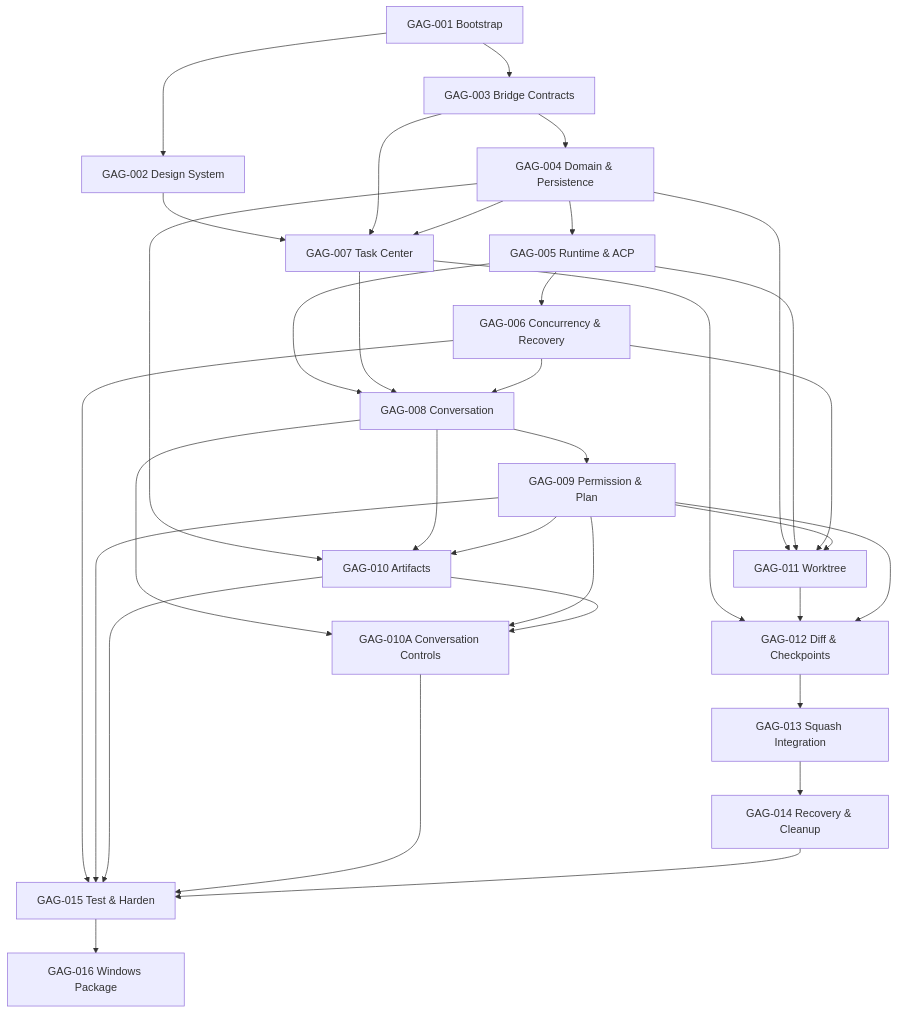
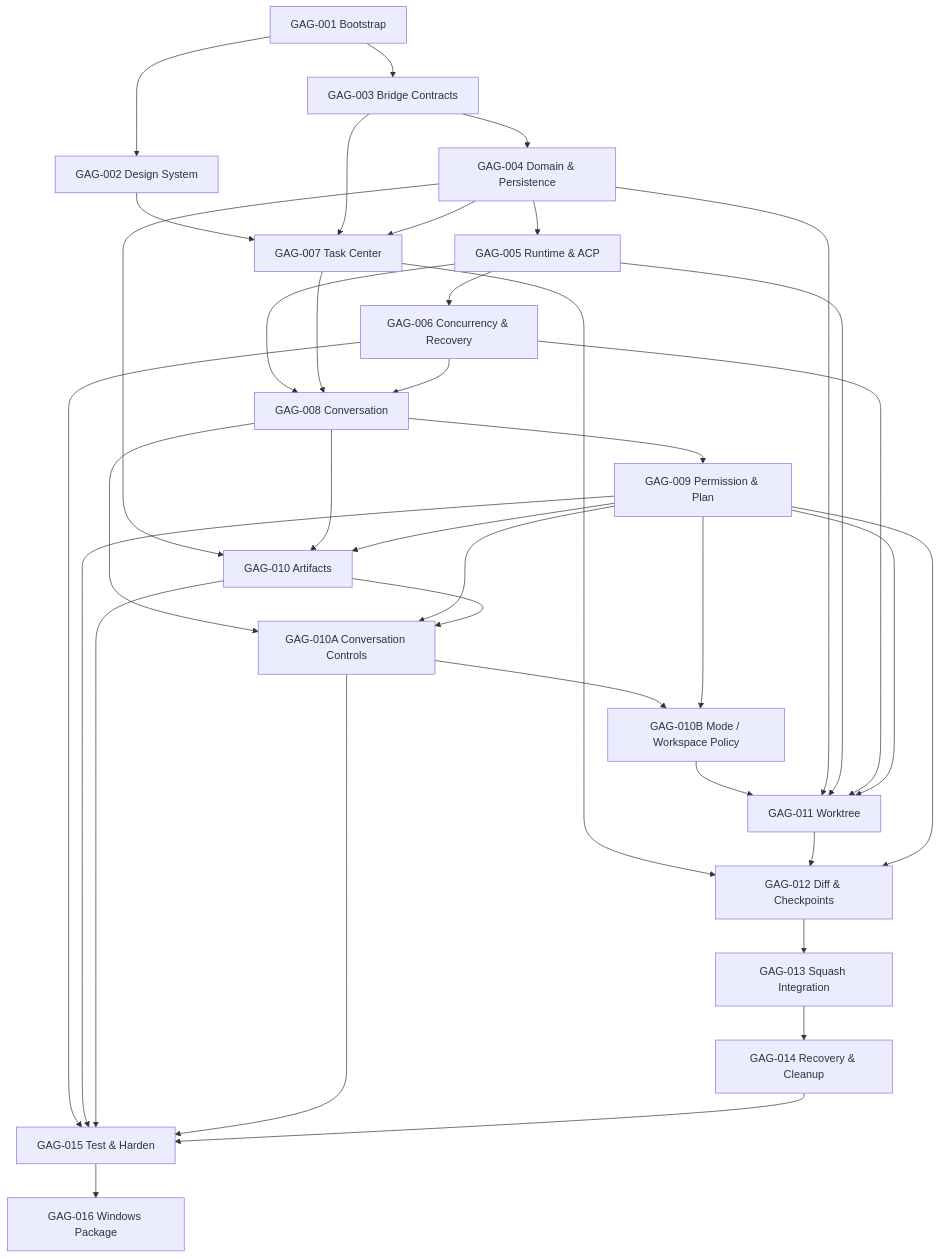
Before and after one commit to psycho1960/grok-acp-gui: the diagram in docs/04-AI-DEVELOPMENT-ROADMAP.md, drawn with Mermaid. The commit also changed other lines of this file and 27 other files, not shown here.

First line of the commit message:
feat(GAG-010B): link mode and workspace strategy with fail-closed policy (#16)

````diff
--- a/docs/04-AI-DEVELOPMENT-ROADMAP.md
+++ b/docs/04-AI-DEVELOPMENT-ROADMAP.md
@@ -39,36 +40,39 @@
 ```mermaid
 flowchart TD
     T1["GAG-001 Bootstrap"] --> T2["GAG-002 Design System"]
     T1 --> T3["GAG-003 Bridge Contracts"]
     T3 --> T4["GAG-004 Domain & Persistence"]
     T4 --> T5["GAG-005 Runtime & ACP"]
     T5 --> T6["GAG-006 Concurrency & Recovery"]
     T2 --> T7["GAG-007 Task Center"]
     T3 --> T7
     T4 --> T7
     T5 --> T8["GAG-008 Conversation"]
     T7 --> T8
     T6 --> T8
     T8 --> T9["GAG-009 Permission & Plan"]
     T4 --> T10["GAG-010 Artifacts"]
     T8 --> T10
     T9 --> T10
     T8 --> T10A["GAG-010A Conversation Controls"]
     T9 --> T10A
     T10 --> T10A
+    T10A --> T10B["GAG-010B Mode / Workspace Policy"]
+    T9 --> T10B
+    T10B --> T11
     T4 --> T11["GAG-011 Worktree"]
     T5 --> T11
     T6 --> T11
     T9 --> T11
     T7 --> T12["GAG-012 Diff & Checkpoints"]
     T11 --> T12
     T9 --> T12
     T12 --> T13["GAG-013 Squash Integration"]
     T13 --> T14["GAG-014 Recovery & Cleanup"]
     T6 --> T15["GAG-015 Test & Harden"]
     T9 --> T15
     T10 --> T15
     T10A --> T15
     T14 --> T15
     T15 --> T16["GAG-016 Windows Package"]
 ```
````
